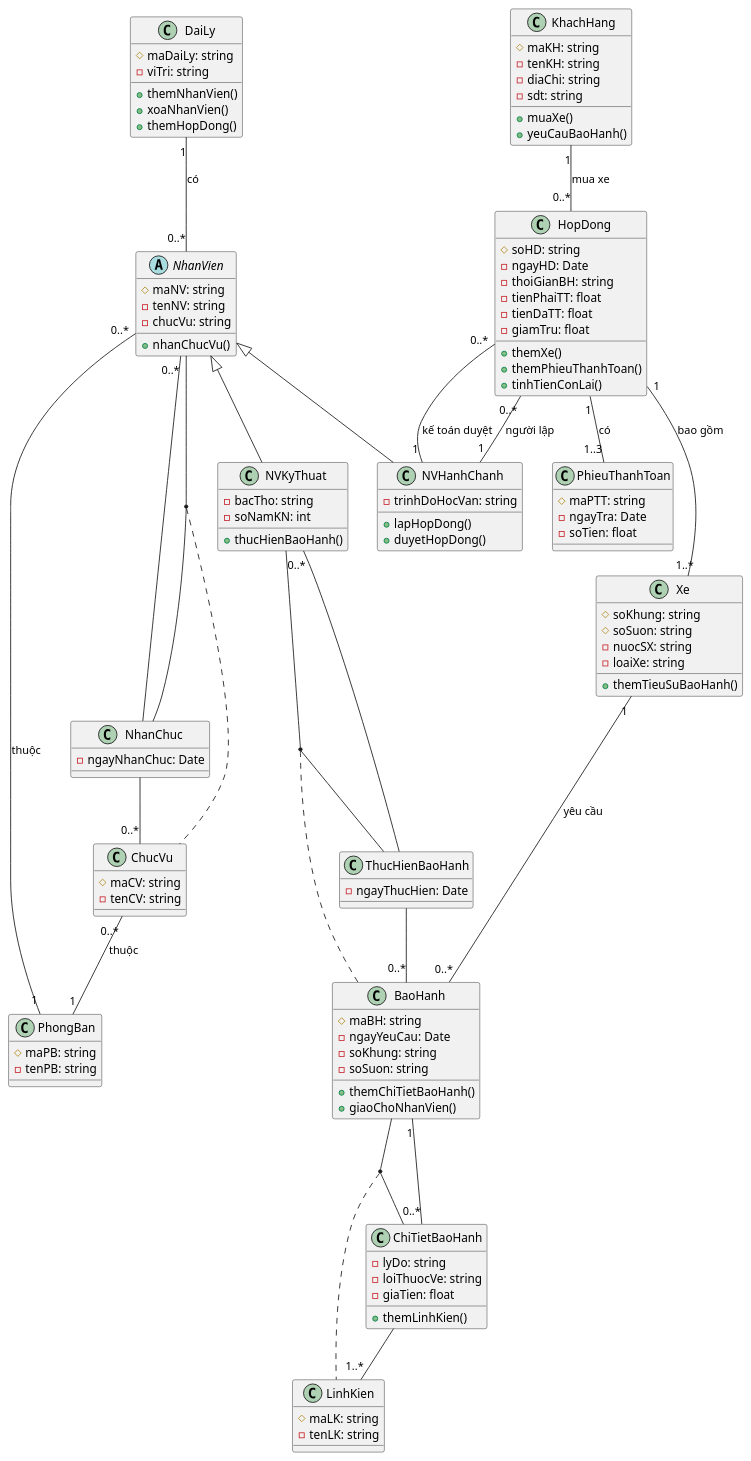
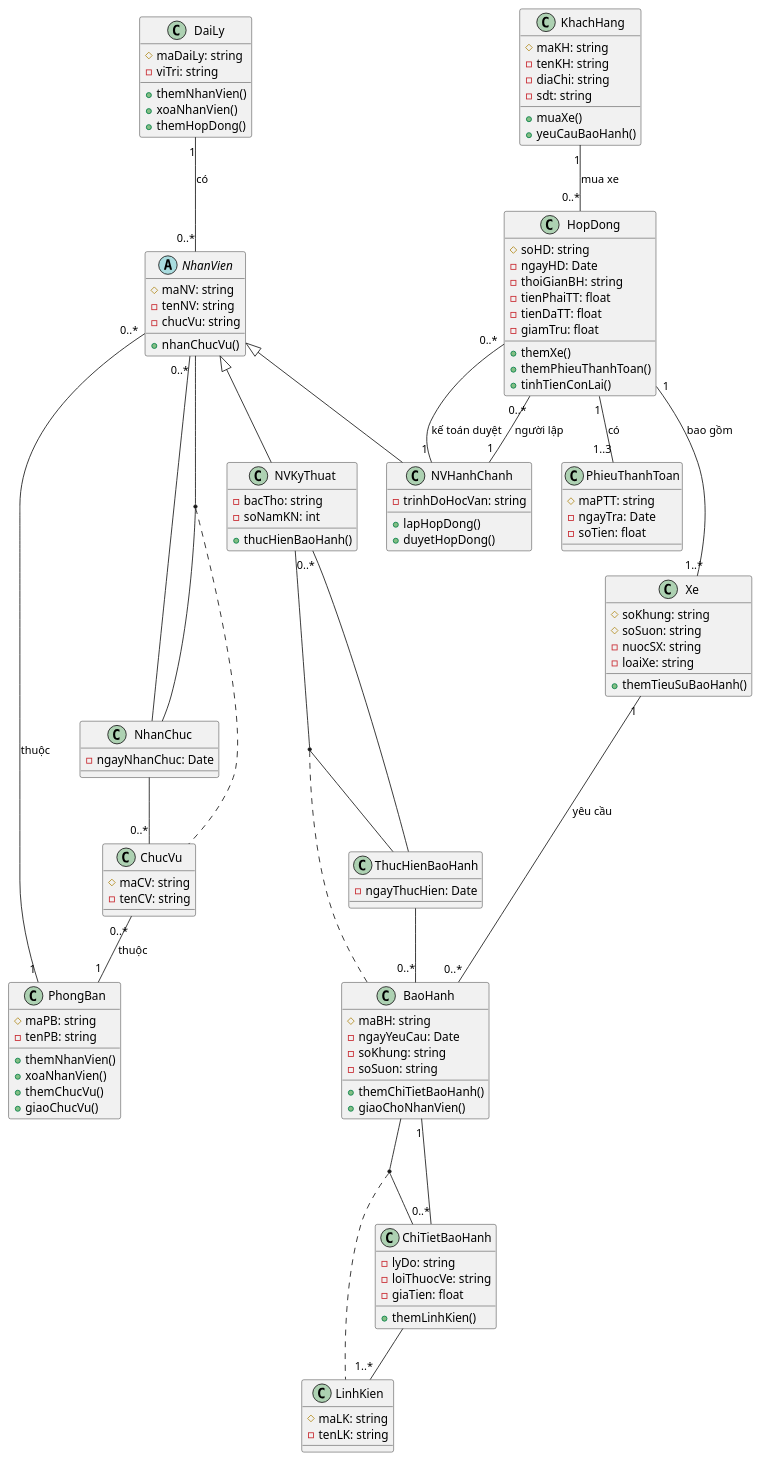
Before and after one commit to leanhvu21042001/LT.K2025.2-CNTT: the diagram in uit/courses/IE103/exercises/BTQT2/assets/BTQT2_bai2-CD.puml, drawn with PlantUML.

```diff
--- a/uit/courses/IE103/exercises/BTQT2/assets/BTQT2_bai2-CD.puml
+++ b/uit/courses/IE103/exercises/BTQT2/assets/BTQT2_bai2-CD.puml
@@ -1,153 +1,157 @@
 @startuml "Bai 2. Class Diagram"
 
 ''skinparam classAttributeIconSize 0
 skinparam defaultFontName "Iosevka"
 
 class DaiLy {
   # maDaiLy: string
   - viTri: string
   + themNhanVien()
   + xoaNhanVien()
   + themHopDong()
 }
 
 ' --- Các Class mới dựa theo ERD ---
 class PhongBan {
   # maPB: string
   - tenPB: string
+  + themNhanVien()
+  + xoaNhanVien()
+  + themChucVu()
+  + giaoChucVu()
 }
 
 class ChucVu {
   # maCV: string
   - tenCV: string
 }
 
 ' --- Inheritance (Kế thừa) ---
 ' NVKyThuat bay gio khong con giu 'chucVu' truc tiep
 abstract class NhanVien {
   # maNV: string
   - tenNV: string
   - chucVu: string
   + nhanChucVu()
 }
 ' NVHanhChanh khong con giu 'phongBan' truc tiep
 class NVHanhChanh extends NhanVien {
   - trinhDoHocVan: string
   + lapHopDong()
   + duyetHopDong()
 }
 class NVKyThuat extends NhanVien {
   - bacTho: string
   - soNamKN: int
   + thucHienBaoHanh()
 }
 ' ------------------
 
 class KhachHang {
   # maKH: string
   - tenKH: string
   - diaChi: string
   - sdt: string
   + muaXe()
   + yeuCauBaoHanh()
 }
 
 class HopDong {
   # soHD: string
   - ngayHD: Date
   - thoiGianBH: string
   - tienPhaiTT: float
   - tienDaTT: float
   - giamTru: float
   + themXe()
   + themPhieuThanhToan()
   + tinhTienConLai()
 }
 
 class Xe {
   # soKhung: string
   # soSuon: string
   - nuocSX: string
   - loaiXe: string
   + themTieuSuBaoHanh()
 }
 
 class PhieuThanhToan {
   # maPTT: string
   - ngayTra: Date
   - soTien: float
 }
 
 class BaoHanh {
   # maBH: string
   - ngayYeuCau: Date
   - soKhung: string
   - soSuon: string
   + themChiTietBaoHanh()
   + giaoChoNhanVien()
 }
 
 class LinhKien {
   # maLK: string
   - tenLK: string
 }
 
 ' --- Association Classes (Dựa trên ERD mới) ---
 
 ' ERD: CHUCVU_NHANVIEN (n-n)
 class NhanChuc {
   ' Luu thong tin ve chuc vu cua nhan vien
   - ngayNhanChuc: Date
 }
 
 ' ERD: THUCHIEN_BH (n-n)
 ' Mot bao hanh co the do nhieu NV Ky Thuat thuc hien
 class ThucHienBaoHanh {
   - ngayThucHien: Date
 }
 
 ' ERD: CHITIET_BH (n-n)
 class ChiTietBaoHanh {
   - lyDo: string
   - loiThuocVe: string
   - giaTien: float
   + themLinhKien()
 }
 
 ' --- Associations ---
 DaiLy "1" -- "0..*" NhanVien : "có"
 
 ' --- Quan hệ mới theo ERD ---
 ' ERD: NV_PHONGBAN (1-n)
 NhanVien "0..*" -- "1" PhongBan : "thuộc"
 
 ' ERD: CHUCVU_PHONGBAN (1-n)
 ChucVu "0..*" -- "1" PhongBan : "thuộc"
 
 ' ERD: CHUCVU_NHANVIEN (n-n)
 (NhanVien, NhanChuc) .. ChucVu
 NhanVien "0..*" -- NhanChuc
 NhanChuc -- "0..*" ChucVu
 
 ' --- Các quan hệ logic nghiệp vụ ---
 KhachHang "1" -- "0..*" HopDong : "mua xe"
 ' Logic: Hop dong do NV Hanh Chanh dam nhiem
 HopDong "0..*" -- "1" NVHanhChanh : "kế toán duyệt"
 HopDong "0..*" -- "1" NVHanhChanh : "người lập"
 HopDong "1" -- "1..*" Xe : "bao gồm"
 HopDong "1" -- "1..3" PhieuThanhToan : "có"
 
 ' ERD: YEUCAU_BH (1-n)
 Xe "1" -- "0..*" BaoHanh : "yêu cầu"
 ' ERD: CHITIET_BH (n-n)
 (BaoHanh, ChiTietBaoHanh) .. LinhKien
 BaoHanh "1" -- "0..*" ChiTietBaoHanh
 ChiTietBaoHanh -- "1..*" LinhKien
 
 ' ERD: THUCHIEN_BH (n-n)
 ' Logic: Bao hanh do NV Ky Thuat thuc hien
 (NVKyThuat, ThucHienBaoHanh) .. BaoHanh
 NVKyThuat "0..*" -- ThucHienBaoHanh
 ThucHienBaoHanh -- "0..*" BaoHanh
 
 @enduml
```
